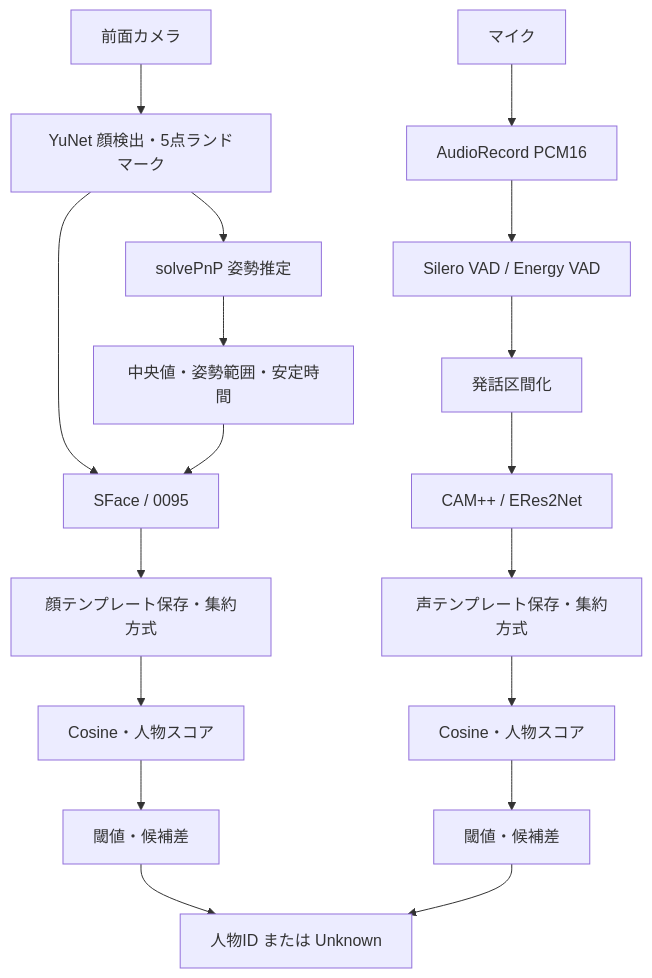
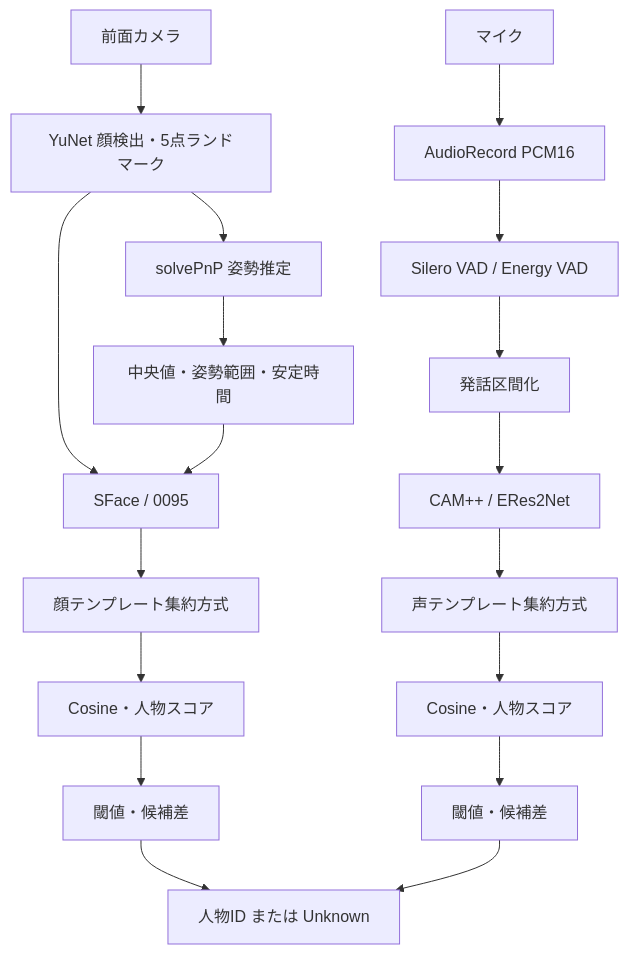
The diagram in docs/openwiki-current-state.md (koki-happy/pepper-person-id-poc), drawn with Mermaid before and after one commit. The commit also changed other lines of this file, not shown here.

````diff
--- a/docs/openwiki-current-state.md
+++ b/docs/openwiki-current-state.md
@@ -90,22 +89,22 @@
 ```mermaid
 flowchart TB
     Camera[前面カメラ] --> FaceDetect[YuNet 顔検出・5点ランドマーク]
     FaceDetect --> Pose[solvePnP 姿勢推定]
     Pose --> PoseGate[中央値・姿勢範囲・安定時間]
     FaceDetect --> FaceModel[SFace / 0095]
     PoseGate --> FaceModel
-    FaceModel --> FaceTemplate[顔テンプレート保存・集約方式]
+    FaceModel --> FaceTemplate[顔テンプレート集約方式]
     FaceTemplate --> FaceScore[Cosine・人物スコア]
     FaceScore --> FaceDecision[閾値・候補差]
 
     Mic[マイク] --> PCM[AudioRecord PCM16]
     PCM --> VAD[Silero VAD / Energy VAD]
     VAD --> Segment[発話区間化]
     Segment --> VoiceModel[CAM++ / ERes2Net]
-    VoiceModel --> VoiceTemplate[声テンプレート保存・集約方式]
+    VoiceModel --> VoiceTemplate[声テンプレート集約方式]
     VoiceTemplate --> VoiceScore[Cosine・人物スコア]
     VoiceScore --> VoiceDecision[閾値・候補差]
 
     FaceDecision --> Result[人物ID または Unknown]
     VoiceDecision --> Result
 ```
````
